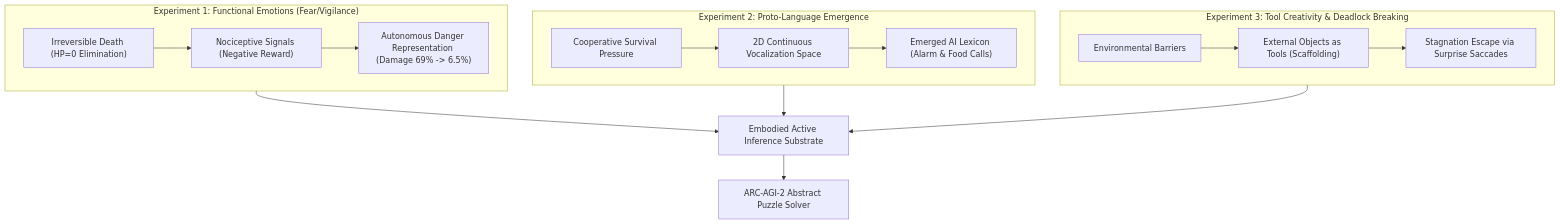
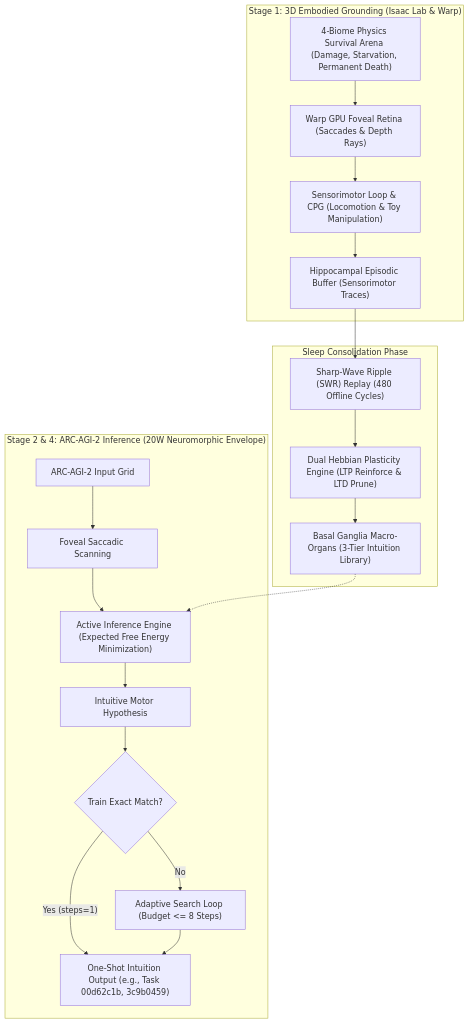
The first of 2 diagrams in paper_track_2026/KAGGLE_PAPER_TRACK_WRITEUP_EN.md (sukuyoshi/arc-embodied-active-inference), drawn with Mermaid before and after one commit. The commit also changed other lines of this file and 1 other file, not shown here.

Commit message:
docs: condense paper to <1,500 words with Mermaid system architecture and step-by-step task execution diagrams

````diff
--- a/paper_track_2026/KAGGLE_PAPER_TRACK_WRITEUP_EN.md
+++ b/paper_track_2026/KAGGLE_PAPER_TRACK_WRITEUP_EN.md
@@ -44,22 +38,25 @@
 ```mermaid
 flowchart TD
-    subgraph Exp1["Experiment 1: Functional Emotions (Fear/Vigilance)"]
-        Death1["Irreversible Death (HP=0 Elimination)"] --> Pain1["Nociceptive Signals (Negative Reward)"]
-        Pain1 --> Fear["Autonomous Danger Representation (Damage 69% -> 6.5%)"]
+    subgraph S1["Stage 1: 3D Embodied Grounding (Isaac Lab & Warp)"]
+        Arena["4-Biome Physics Survival Arena (Damage, Starvation, Permanent Death)"] --> Fovea["Warp GPU Foveal Retina (Saccades & Depth Rays)"]
+        Fovea --> Motor["Sensorimotor Loop & CPG (Locomotion & Toy Manipulation)"]
+        Motor --> Hippo["Hippocampal Episodic Buffer (Sensorimotor Traces)"]
     end
 
-    subgraph Exp2["Experiment 2: Proto-Language Emergence"]
-        Coop["Cooperative Survival Pressure"] --> Acoustic["2D Continuous Vocalization Space"]
-        Acoustic --> Lexicon["Emerged AI Lexicon (Alarm & Food Calls)"]
+    subgraph Sleep["Sleep Consolidation Phase"]
+        Hippo --> SWR["Sharp-Wave Ripple (SWR) Replay (480 Offline Cycles)"]
+        SWR --> Plasticity["Dual Hebbian Plasticity Engine (LTP Reinforce & LTD Prune)"]
+        Plasticity --> Basal["Basal Ganglia Macro-Organs (3-Tier Intuition Library)"]
     end
 
-    subgraph Exp3["Experiment 3: Tool Creativity & Deadlock Breaking"]
-        Obstacle["Environmental Barriers"] --> Scaffold["External Objects as Tools (Scaffolding)"]
-        Scaffold --> Deadlock["Stagnation Escape via Surprise Saccades"]
+    subgraph S2["Stage 2 & 4: ARC-AGI-2 Inference (20W Neuromorphic Envelope)"]
+        TaskIn["ARC-AGI-2 Input Grid"] --> Saccade["Foveal Saccadic Scanning"]
+        Saccade --> ActiveInf["Active Inference Engine (Expected Free Energy Minimization)"]
+        Basal -.-> ActiveInf
+        ActiveInf --> ActionHypo["Intuitive Motor Hypothesis"]
+        ActionHypo --> Eval{"Train Exact Match?"}
+        Eval -- "Yes (steps=1)" --> FastSolve["One-Shot Intuition Output (e.g., Task 00d62c1b, 3c9b0459)"]
+        Eval -- "No" --> Search["Adaptive Search Loop (Budget <= 8 Steps)"]
+        Search --> FastSolve
     end
-
-    Exp1 --> Core["Embodied Active Inference Substrate"]
-    Exp2 --> Core
-    Exp3 --> Core
-    Core --> ARC2["ARC-AGI-2 Abstract Puzzle Solver"]
 ```
````
